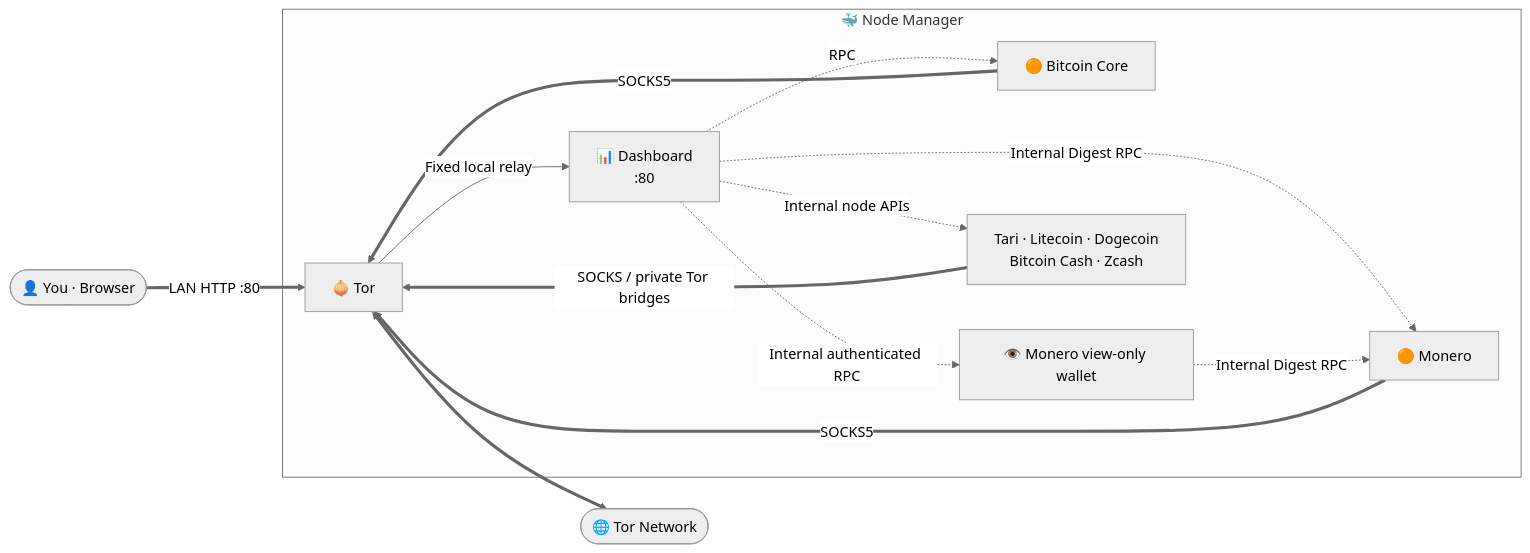
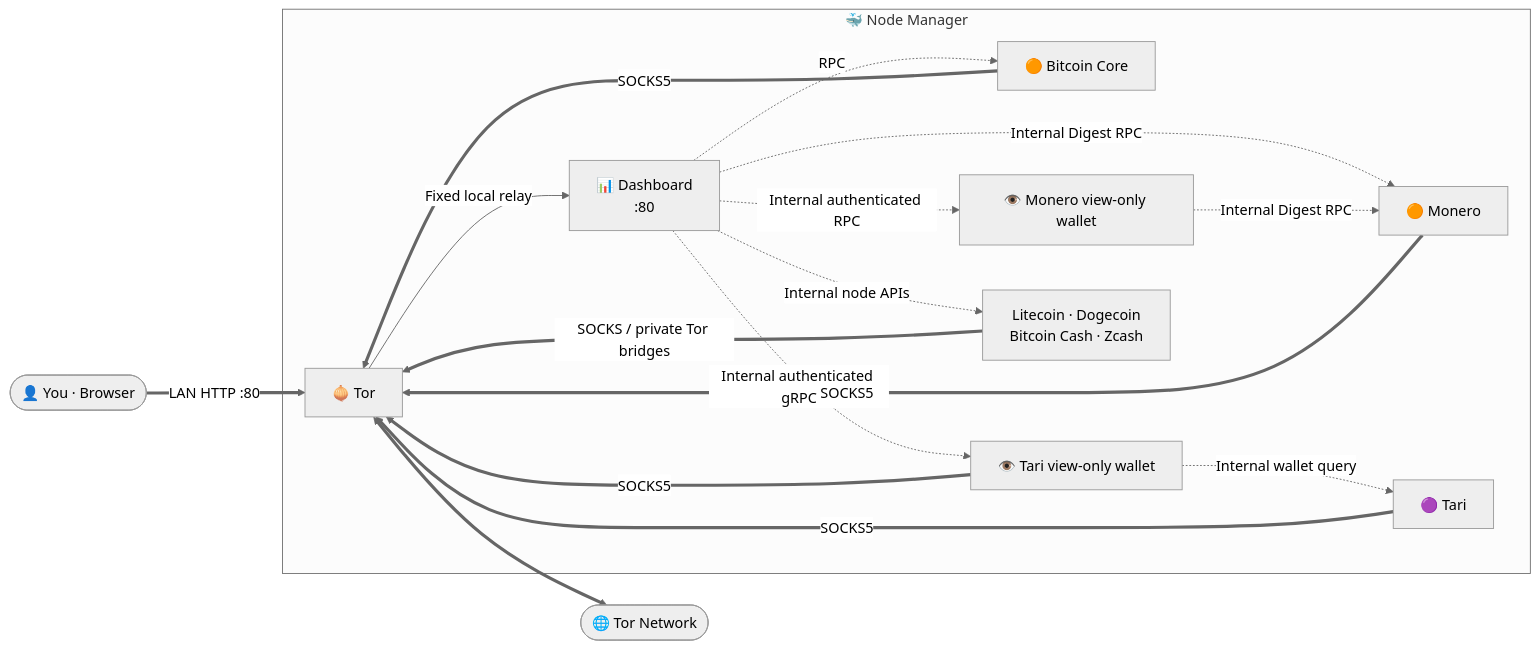
Before and after one commit to VijitSingh97/bitcoin-starter-stack: the diagram in README.md, drawn with Mermaid (neutral theme). The commit also changed other lines of this file and 51 other files, not shown here.

Commit message:
Add native Tari view-only wallets and clarify unavailable balances

````diff
--- a/README.md
+++ b/README.md
@@ -312,26 +324,32 @@
 ```mermaid
 flowchart LR
     You(["👤 You · Browser"])
     Net(["🌐 Tor Network"])
 
     subgraph stack ["🐳 Node Manager"]
         Dashboard["📊 Dashboard<br/>:80"]
         Bitcoin["🟠 Bitcoin Core"]
         Monero["🟠 Monero"]
         MoneroWallet["👁️ Monero view-only wallet"]
-        OtherNodes["Tari · Litecoin · Dogecoin<br/>Bitcoin Cash · Zcash"]
+        Tari["🟣 Tari"]
+        TariWallet["👁️ Tari view-only wallet"]
+        OtherNodes["Litecoin · Dogecoin<br/>Bitcoin Cash · Zcash"]
         Tor["🧅 Tor"]
     end
 
     You ==>|LAN HTTP :80| Tor
     Tor -->|Fixed local relay| Dashboard
     Dashboard -.->|RPC| Bitcoin
     Dashboard -.->|Internal Digest RPC| Monero
     Dashboard -.->|Internal authenticated RPC| MoneroWallet
     MoneroWallet -.->|Internal Digest RPC| Monero
+    Dashboard -.->|Internal authenticated gRPC| TariWallet
+    TariWallet -.->|Internal wallet query| Tari
     Dashboard -.->|Internal node APIs| OtherNodes
     Bitcoin ==>|SOCKS5| Tor
     Monero ==>|SOCKS5| Tor
+    Tari ==>|SOCKS5| Tor
+    TariWallet ==>|SOCKS5| Tor
     OtherNodes ==>|SOCKS / private Tor bridges| Tor
     Tor <==> Net
 ```
````
